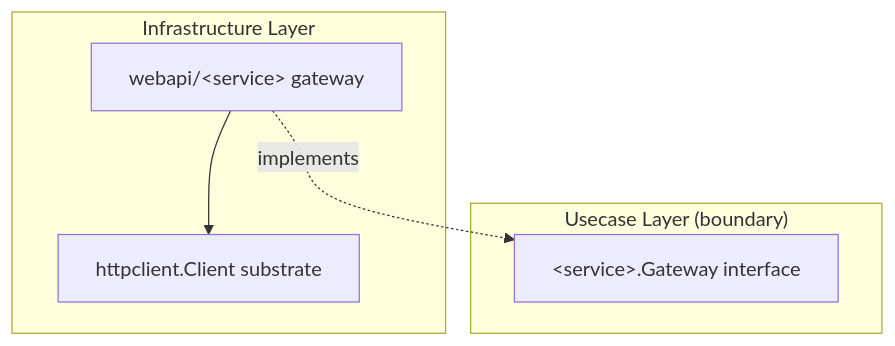
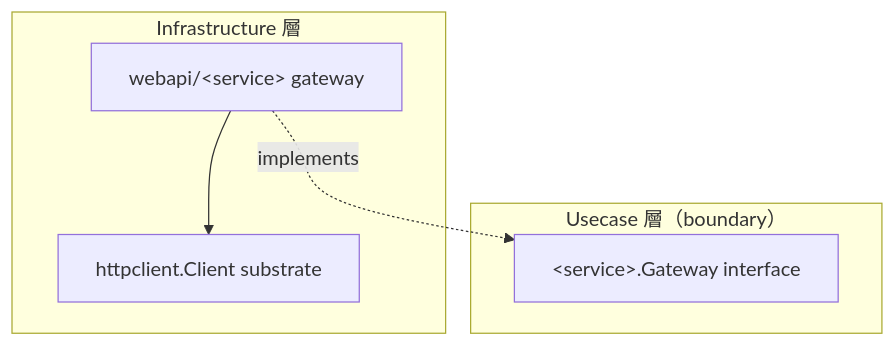
The diagram in internal/infrastructure/webapi/README.md (Tomy-ch/go-boilerplate), drawn with Mermaid before and after one commit. The commit also changed other lines of this file and 970 other files, not shown here.

````diff
--- a/internal/infrastructure/webapi/README.md
+++ b/internal/infrastructure/webapi/README.md
@@ -7,13 +7,13 @@
 ```mermaid
 flowchart TB
-    subgraph "Usecase Layer (boundary)"
+    subgraph "Usecase 層（boundary）"
         IF["&lt;service&gt;.Gateway interface"]
     end
-    subgraph "Infrastructure Layer"
+    subgraph "Infrastructure 層"
         Impl["webapi/&lt;service&gt; gateway"]
         Sub["httpclient.Client substrate"]
     end
 
     Impl -. implements .-> IF
     Impl --> Sub
 ```
````
